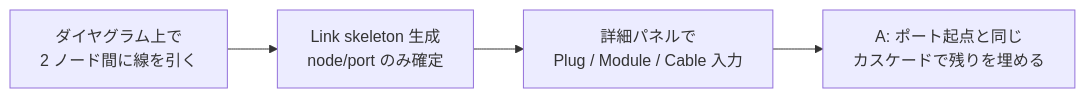
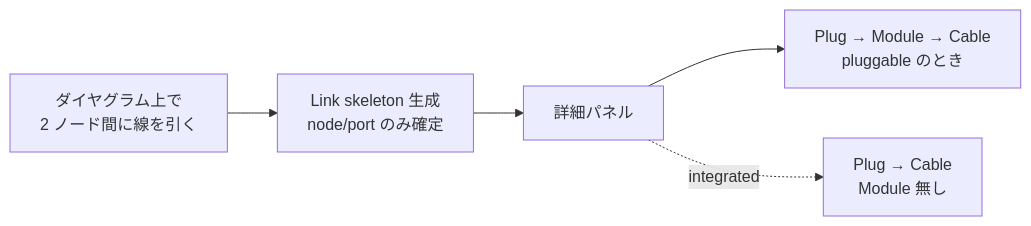
One commit to konoe-akitoshi/shumoku changed the fifth of 5 diagrams in apps/editor/docs/connection-model.md. Above: the diagram before and after it, drawn with Mermaid. The commit also changed other lines of this file, not shown here.

First line of the commit message:
docs(connection-model): show Module-optional branching in UI flows

````diff
--- a/apps/editor/docs/connection-model.md
+++ b/apps/editor/docs/connection-model.md
@@ -157,6 +167,7 @@
 ```mermaid
 flowchart LR
   D[ダイヤグラム上で<br/>2 ノード間に線を引く] --> S[Link skeleton 生成<br/>node/port のみ確定]
-  S --> DP[詳細パネルで<br/>Plug / Module / Cable 入力]
-  DP --> A1[A: ポート起点と同じ<br/>カスケードで残りを埋める]
+  S --> DP[詳細パネル]
+  DP --> M[Plug → Module → Cable<br/>pluggable のとき]
+  DP -. integrated .-> NM[Plug → Cable<br/>Module 無し]
 ```
````
